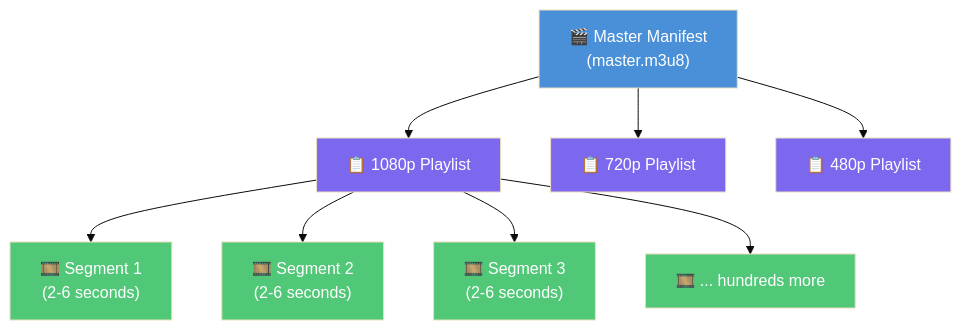
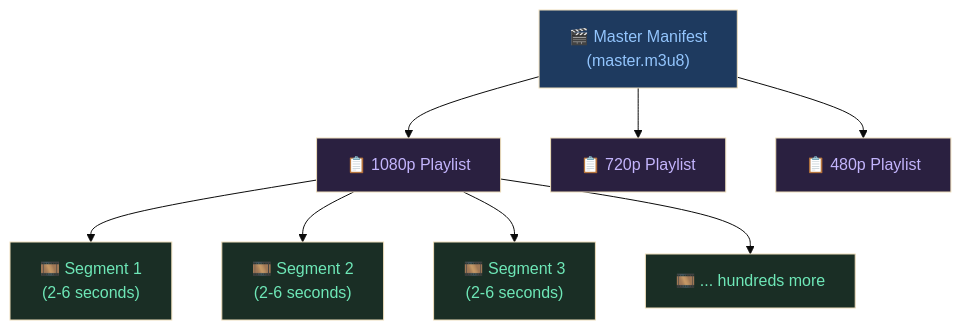
The first of 6 diagrams in src/content/blog/expo-video-offline-caching.md (Monisankarnath/monisankarnath-portfolio), drawn with Mermaid (base theme) before and after one commit. The commit also changed other lines of this file and 19 other files, not shown here.

Commit message:
chore: mermaid build and listing revamp

````diff
--- a/src/content/blog/expo-video-offline-caching.md
+++ b/src/content/blog/expo-video-offline-caching.md
@@ -40,19 +41,19 @@
 ```mermaid
 graph TD
     A["🎬 Master Manifest<br/>(master.m3u8)"] --> B["📋 1080p Playlist"]
     A --> C["📋 720p Playlist"]
     A --> D["📋 480p Playlist"]
     B --> E["🎞️ Segment 1<br/>(2-6 seconds)"]
     B --> F["🎞️ Segment 2<br/>(2-6 seconds)"]
     B --> G["🎞️ Segment 3<br/>(2-6 seconds)"]
     B --> H["🎞️ ... hundreds more"]
 
-    style A fill:#4A90D9,color:#fff
-    style B fill:#7B68EE,color:#fff
-    style C fill:#7B68EE,color:#fff
-    style D fill:#7B68EE,color:#fff
-    style E fill:#50C878,color:#fff
-    style F fill:#50C878,color:#fff
-    style G fill:#50C878,color:#fff
-    style H fill:#50C878,color:#fff
+    style A fill:#1e3a5f,color:#93c5fd
+    style B fill:#2a2040,color:#c4b5fd
+    style C fill:#2a2040,color:#c4b5fd
+    style D fill:#2a2040,color:#c4b5fd
+    style E fill:#1a2e25,color:#6ee7b7
+    style F fill:#1a2e25,color:#6ee7b7
+    style G fill:#1a2e25,color:#6ee7b7
+    style H fill:#1a2e25,color:#6ee7b7
 ```
````
